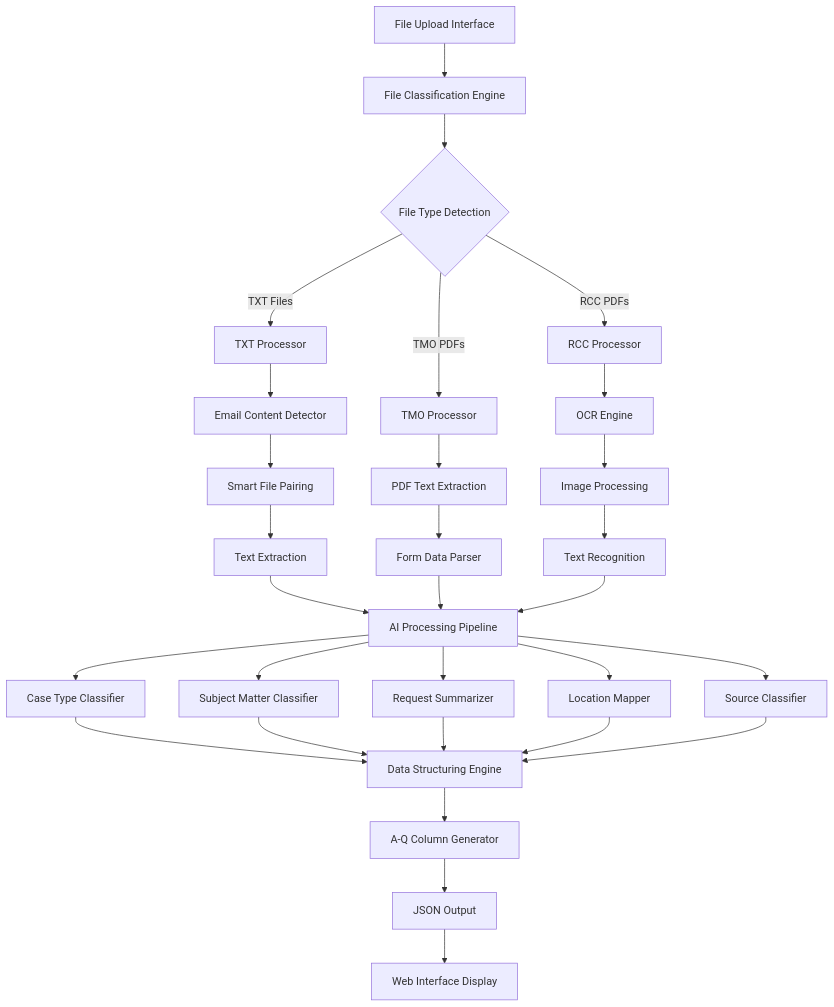
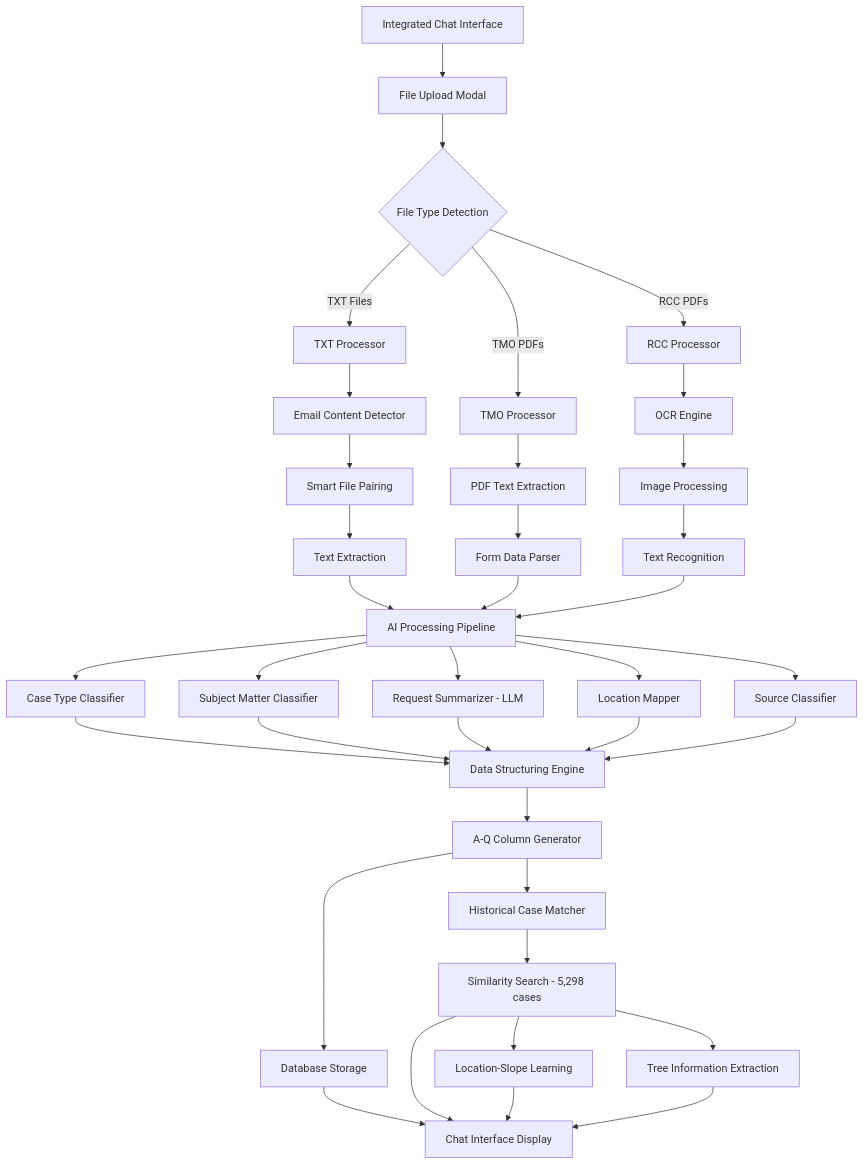
Before and after one commit to SRR-Project-Team/SRR-Case-Processing-System: the diagram in WORKFLOW_DESIGN.md, drawn with Mermaid. The commit also changed other lines of this file and 23 other files, not shown here.

First line of the commit message:
✨ Feature: Add historical case matching and documentation cleanup

````diff
--- a/WORKFLOW_DESIGN.md
+++ b/WORKFLOW_DESIGN.md
@@ -9,40 +9,49 @@
 ```mermaid
 graph TB
-    A[File Upload Interface] --> B[File Classification Engine]
+    A[Integrated Chat Interface] --> B[File Upload Modal]
     B --> C{File Type Detection}
     
     C -->|TXT Files| D[TXT Processor]
     C -->|TMO PDFs| E[TMO Processor]
     C -->|RCC PDFs| F[RCC Processor]
     
     D --> G[Email Content Detector]
     G --> H[Smart File Pairing]
     H --> I[Text Extraction]
     
     E --> J[PDF Text Extraction]
     J --> K[Form Data Parser]
     
     F --> L[OCR Engine]
     L --> M[Image Processing]
     M --> N[Text Recognition]
     
     I --> O[AI Processing Pipeline]
     K --> O
     N --> O
     
     O --> P[Case Type Classifier]
     O --> Q[Subject Matter Classifier]
-    O --> R[Request Summarizer]
+    O --> R[Request Summarizer - LLM]
     O --> S[Location Mapper]
     O --> T[Source Classifier]
     
     P --> U[Data Structuring Engine]
     Q --> U
     R --> U
     S --> U
     T --> U
     
     U --> V[A-Q Column Generator]
-    V --> W[JSON Output]
-    W --> X[Web Interface Display]
+    V --> W[Database Storage]
+    V --> X[Historical Case Matcher]
+    
+    X --> Y[Similarity Search - 5,298 cases]
+    Y --> Z[Location-Slope Learning]
+    Y --> AA[Tree Information Extraction]
+    
+    W --> AB[Chat Interface Display]
+    Y --> AB
+    Z --> AB
+    AA --> AB
 ```
````
